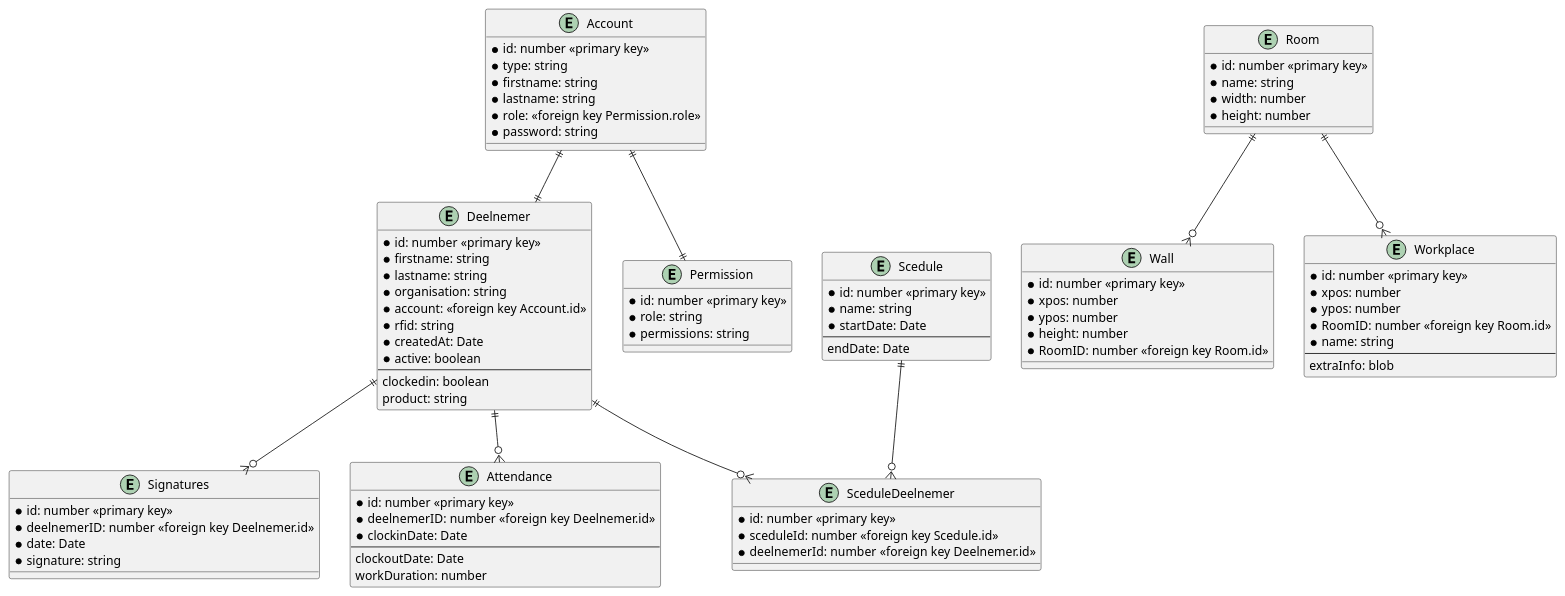
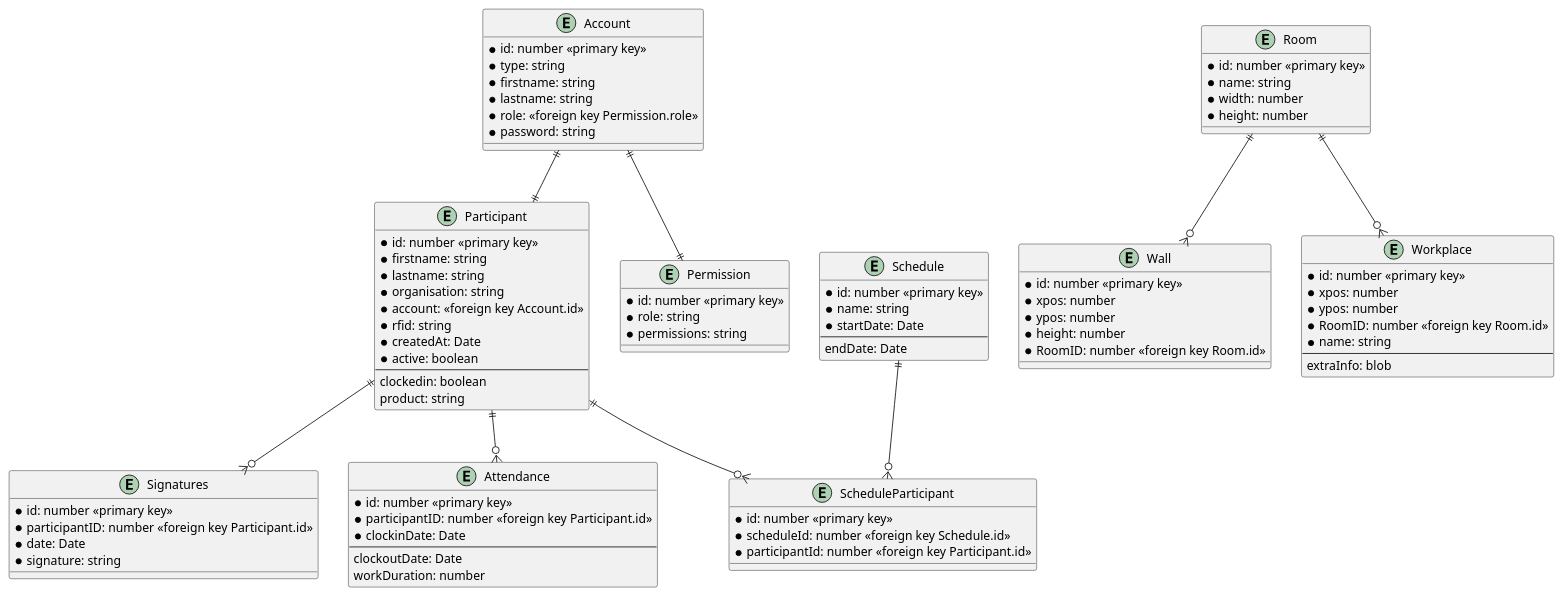
One commit to BitsEnBytesICT/Bits-Bytes-management-platform changed the diagram in documentation/databasemodel.plantuml. Above: the diagram before and after it, drawn with PlantUML.

Commit message:
update: databasemodel.plantuml

```diff
--- a/documentation/databasemodel.plantuml
+++ b/documentation/databasemodel.plantuml
@@ -1,95 +1,95 @@
 @startuml
 
 entity Account {
     * id: number <<primary key>>
     * type: string
     * firstname: string
     * lastname: string
     * role: <<foreign key Permission.role>>
     * password: string
 }
 
-entity Deelnemer {
+entity Participant {
     * id: number <<primary key>>
     * firstname: string
     * lastname: string
     * organisation: string
     * account: <<foreign key Account.id>>
     * rfid: string
     * createdAt: Date
     * active: boolean
     --
     clockedin: boolean
     product: string
 }
 
 entity Signatures {
     * id: number <<primary key>>
-    * deelnemerID: number <<foreign key Deelnemer.id>>
+    * participantID: number <<foreign key Participant.id>>
     * date: Date
     * signature: string
 }
 
 entity Attendance {
     * id: number <<primary key>>
-    * deelnemerID: number <<foreign key Deelnemer.id>>
+    * participantID: number <<foreign key Participant.id>>
     * clockinDate: Date
     --
     clockoutDate: Date
     workDuration: number
 }
 
 entity Permission {
     * id: number <<primary key>>
     * role: string
     * permissions: string
 }
 
 entity Room {
     * id: number <<primary key>>
     * name: string
     * width: number
     * height: number
 }
 
 entity Wall {
     * id: number <<primary key>>
     * xpos: number
     * ypos: number
     * height: number
     * RoomID: number <<foreign key Room.id>>
 }
 
 entity Workplace {
     * id: number <<primary key>>
     * xpos: number
     * ypos: number
     * RoomID: number <<foreign key Room.id>>
     * name: string
     --
     extraInfo: blob
 }
 
-entity Scedule {
+entity Schedule {
     * id: number <<primary key>>
     * name: string
     * startDate: Date
     --
     endDate: Date
 }
 
-entity SceduleDeelnemer {
+entity ScheduleParticipant {
     * id: number <<primary key>>
-    * sceduleId: number <<foreign key Scedule.id>>
-    * deelnemerId: number <<foreign key Deelnemer.id>>
+    * scheduleId: number <<foreign key Schedule.id>>
+    * participantId: number <<foreign key Participant.id>>
 }
 
 Account ||--|| Permission
-Account ||--|| Deelnemer
-Deelnemer ||--o{ Signatures
-Deelnemer ||--o{ Attendance
-Deelnemer ||--o{ SceduleDeelnemer
-Scedule ||--o{ SceduleDeelnemer
+Account ||--|| Participant
+Participant ||--o{ Signatures
+Participant ||--o{ Attendance
+Participant ||--o{ ScheduleParticipant
+Schedule ||--o{ ScheduleParticipant
 Room ||--o{ Wall
 Room ||--o{ Workplace
 @enduml
```
